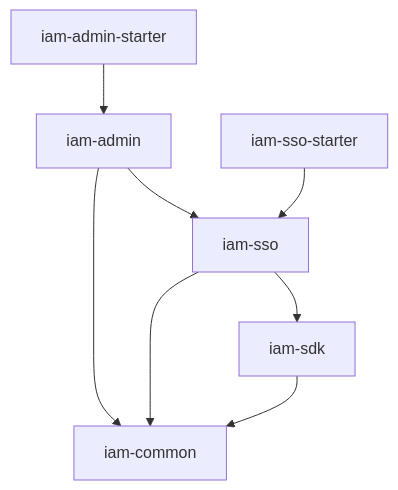
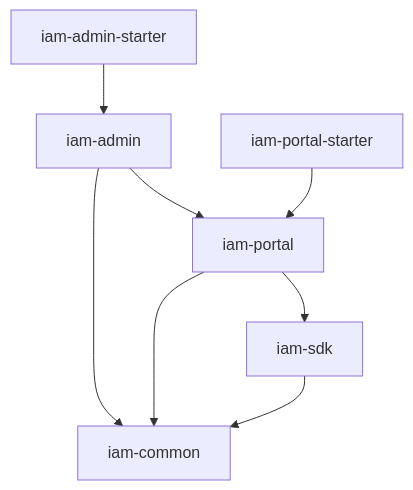
One commit to shrimp-group/sh-iam changed the diagram in docs/living-docs-technical/dependencies/README.md. Above: the diagram before and after it, drawn with Mermaid. The commit also changed 32 other files, not shown here.

````diff
--- a/docs/living-docs-technical/dependencies/README.md
+++ b/docs/living-docs-technical/dependencies/README.md
@@ -18,10 +18,10 @@
 ```mermaid
 graph TD
     AdminStarter[iam-admin-starter] --> Admin[iam-admin]
-    Admin --> Sso[iam-sso]
+    Admin --> Sso[iam-portal]
     Admin --> Common[iam-common]
     Sso --> Sdk[iam-sdk]
     Sso --> Common
     Sdk --> Common
-    SsoStarter[iam-sso-starter] --> Sso
+    SsoStarter[iam-portal-starter] --> Sso
 ```
````
